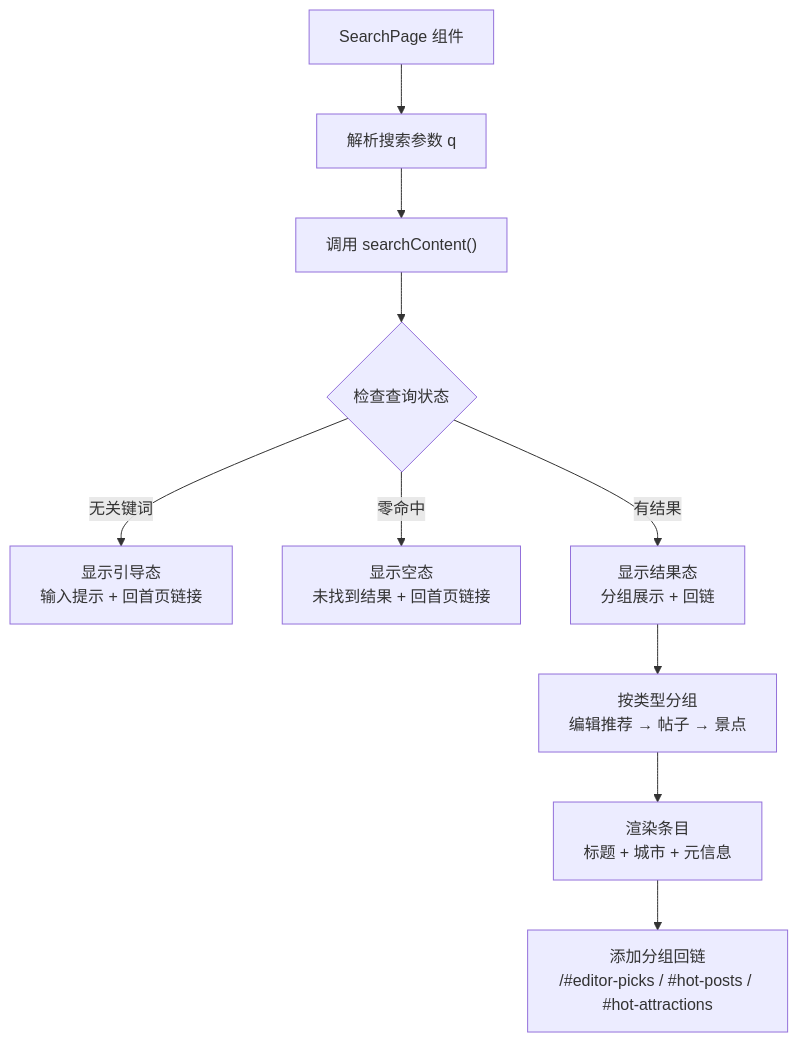
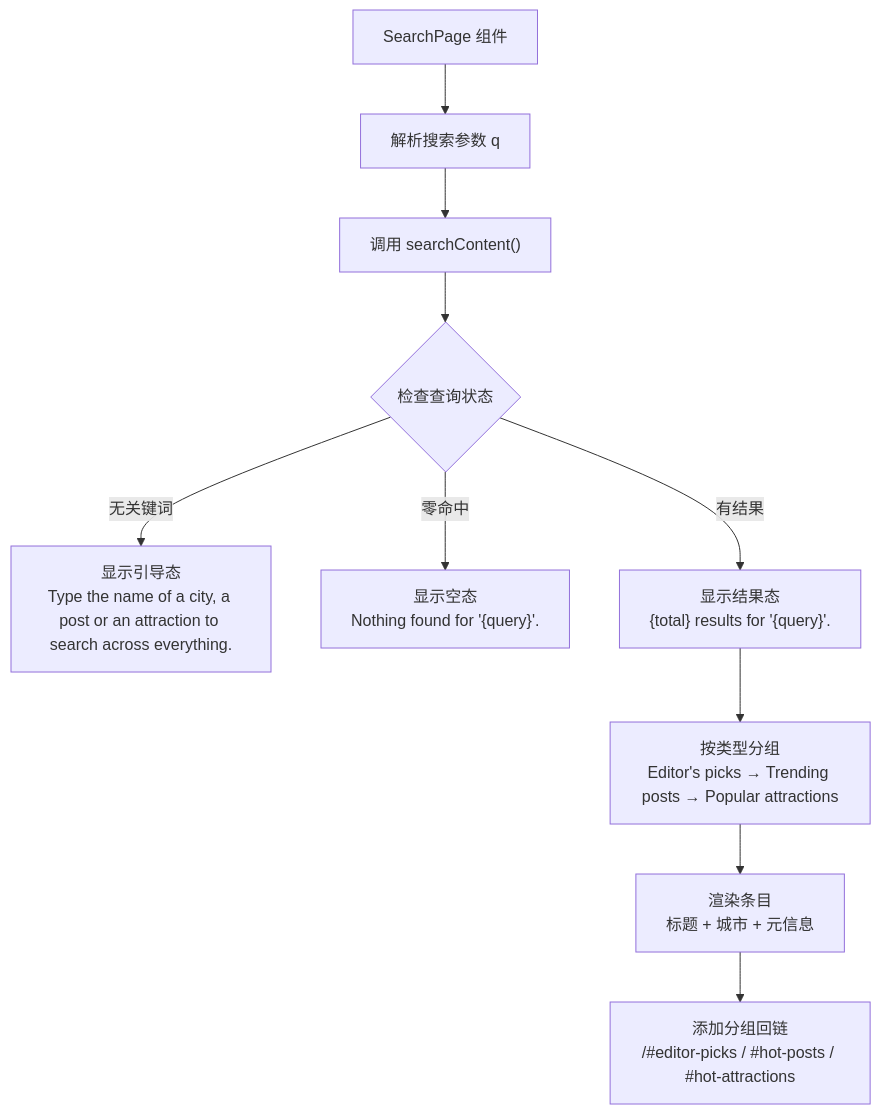
The fourth of 13 diagrams in .qoder/repowiki/zh/content/规格驱动开发/WanderChain 首页规格文档/WanderChain 首页规格文档.md (luyitiger6/my-first-project), drawn with Mermaid before and after one commit. The commit also changed other lines of this file and 33 other files, not shown here.

````diff
--- a/.qoder/repowiki/zh/content/规格驱动开发/WanderChain 首页规格文档/WanderChain 首页规格文档.md
+++ b/.qoder/repowiki/zh/content/规格驱动开发/WanderChain 首页规格文档/WanderChain 首页规格文档.md
@@ -240,12 +221,12 @@
 ```mermaid
 flowchart TD
 Start["SearchPage 组件"] --> ParseQuery["解析搜索参数 q"]
 ParseQuery --> QueryResult["调用 searchContent()"]
 QueryResult --> CheckState{"检查查询状态"}
-CheckState --> |无关键词| GuideState["显示引导态<br/>输入提示 + 回首页链接"]
-CheckState --> |零命中| EmptyState["显示空态<br/>未找到结果 + 回首页链接"]
-CheckState --> |有结果| ResultState["显示结果态<br/>分组展示 + 回链"]
-ResultState --> Groups["按类型分组<br/>编辑推荐 → 帖子 → 景点"]
+CheckState --> |无关键词| GuideState["显示引导态<br/>Type the name of a city, a post or an attraction to search across everything."]
+CheckState --> |零命中| EmptyState["显示空态<br/>Nothing found for '{query}'."]
+CheckState --> |有结果| ResultState["显示结果态<br/>{total} results for '{query}'."]
+ResultState --> Groups["按类型分组<br/>Editor's picks → Trending posts → Popular attractions"]
 Groups --> Items["渲染条目<br/>标题 + 城市 + 元信息"]
 Items --> Anchors["添加分组回链<br/>/#editor-picks / #hot-posts / #hot-attractions"]
 ```
````
